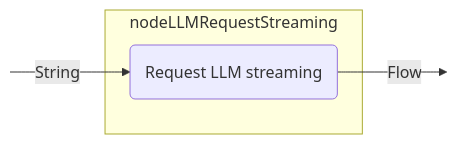
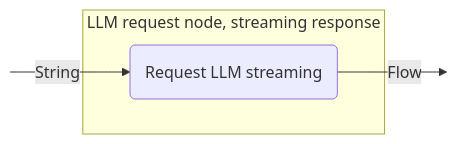
One commit to JetBrains/koog changed the eighth of 15 diagrams in docs/docs/nodes-and-components.md. Above: the diagram before and after it, drawn with Mermaid. The commit also changed other lines of this file and 1 other file, not shown here.

````diff
--- a/docs/docs/nodes-and-components.md
+++ b/docs/docs/nodes-and-components.md
@@ -386,13 +387,13 @@
 ```mermaid
 graph LR
     in:::hidden
     out:::hidden
     
-    subgraph node ["nodeLLMRequestStreaming"]
+    subgraph node ["LLM request node, streaming response"]
         execute(Request LLM streaming)
     end
     
     in --String--> execute --Flow--> out
 
     classDef hidden display: none;
 ```
````
